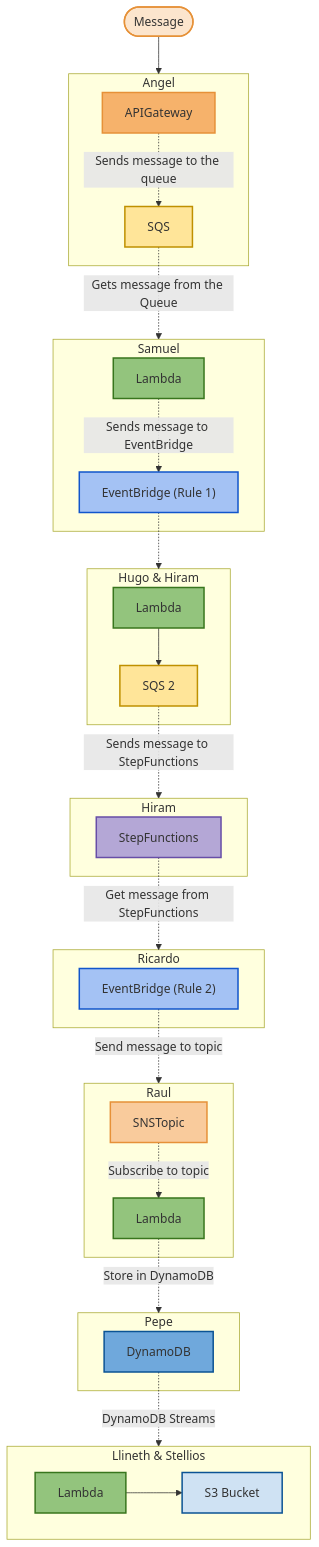
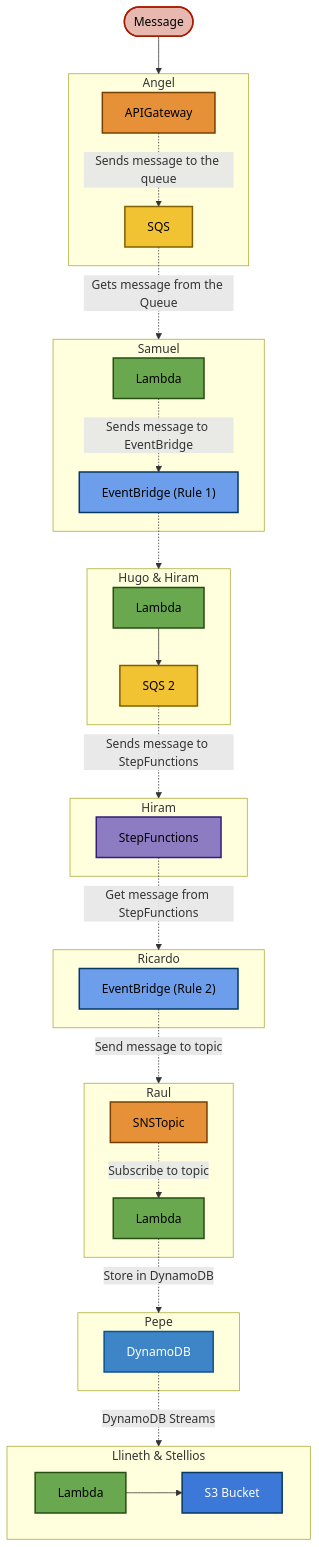
One commit to utiliware/message-router changed the diagram in README.md. Above: the diagram before and after it, drawn with Mermaid.

````diff
--- a/README.md
+++ b/README.md
@@ -1,65 +1,65 @@
 ``` mermaid
 flowchart TD
     Message([Message]) --> Angel
     
     subgraph Angel
         APIGateway -. "Sends message to the queue" .-> SQS1["SQS"]
     end
 
     SQS1 -. "Gets message from the Queue" .-> Samuel
 
     subgraph Samuel
         LambdaSamuel["Lambda"] -. "Sends message to EventBridge" .-> EventBridge1["EventBridge (Rule 1)"]
     end
 
     EventBridge1 -.-> Hugo_Hiram
 
     subgraph Hugo_Hiram["Hugo & Hiram"]
         LambdaHugoHiram["Lambda"] --> SQS2["SQS 2"]
     end
 
     SQS2 -. "Sends message to StepFunctions" .-> Hiram
 
     subgraph Hiram
         StepFunctions 
     end
 
     StepFunctions -. "Get message from StepFunctions" .-> Ricardo
 
     subgraph Ricardo
         EventBridge2["EventBridge (Rule 2)"]
     end
 
     EventBridge2 -. "Send message to topic" .-> Raul
 
     subgraph Raul
         SNSTopic -. "Subscribe to topic" .-> LambdaRaul["Lambda"]
     end
 
     LambdaRaul -. "Store in DynamoDB" .-> Pepe
 
     subgraph Pepe
         DynamoDB
     end
 
     DynamoDB -. "DynamoDB Streams" .-> Llineth_Stellios
 
     subgraph Llineth_Stellios["Llineth & Stellios"]
         LambdaS3["Lambda"] --> S3["S3 Bucket"]
     end
 
-    style Message fill:#fce5cd,stroke:#e69138,stroke-width:2px
-    style APIGateway fill:#f6b26b,stroke:#e69138,stroke-width:2px
-    style SQS1 fill:#ffe599,stroke:#bf9000,stroke-width:2px
-    style LambdaSamuel fill:#93c47d,stroke:#38761d,stroke-width:2px
-    style EventBridge1 fill:#a4c2f4,stroke:#1155cc,stroke-width:2px
-    style LambdaHugoHiram fill:#93c47d,stroke:#38761d,stroke-width:2px
-    style SQS2 fill:#ffe599,stroke:#bf9000,stroke-width:2px
-    style StepFunctions fill:#b4a7d6,stroke:#674ea7,stroke-width:2px
-    style EventBridge2 fill:#a4c2f4,stroke:#1155cc,stroke-width:2px
-    style SNSTopic fill:#f9cb9c,stroke:#e69138,stroke-width:2px
-    style LambdaRaul fill:#93c47d,stroke:#38761d,stroke-width:2px
-    style DynamoDB fill:#6fa8dc,stroke:#0b5394,stroke-width:2px
-    style LambdaS3 fill:#93c47d,stroke:#38761d,stroke-width:2px
-    style S3 fill:#cfe2f3,stroke:#0b5394,stroke-width:2px
+    style Message fill:#e6b8af,stroke:#a61c00,stroke-width:2px,color:#000
+    style APIGateway fill:#e69138,stroke:#783f04,stroke-width:2px,color:#000
+    style SQS1 fill:#f1c232,stroke:#7f6000,stroke-width:2px,color:#000
+    style LambdaSamuel fill:#6aa84f,stroke:#274e13,stroke-width:2px,color:#000
+    style EventBridge1 fill:#6d9eeb,stroke:#073763,stroke-width:2px,color:#000
+    style LambdaHugoHiram fill:#6aa84f,stroke:#274e13,stroke-width:2px,color:#000
+    style SQS2 fill:#f1c232,stroke:#7f6000,stroke-width:2px,color:#000
+    style StepFunctions fill:#8e7cc3,stroke:#351c75,stroke-width:2px,color:#000
+    style EventBridge2 fill:#6d9eeb,stroke:#073763,stroke-width:2px,color:#000
+    style SNSTopic fill:#e69138,stroke:#783f04,stroke-width:2px,color:#000
+    style LambdaRaul fill:#6aa84f,stroke:#274e13,stroke-width:2px,color:#000
+    style DynamoDB fill:#3d85c6,stroke:#0b5394,stroke-width:2px,color:#fff
+    style LambdaS3 fill:#6aa84f,stroke:#274e13,stroke-width:2px,color:#000
+    style S3 fill:#3c78d8,stroke:#073763,stroke-width:2px,color:#fff
 ```
````
